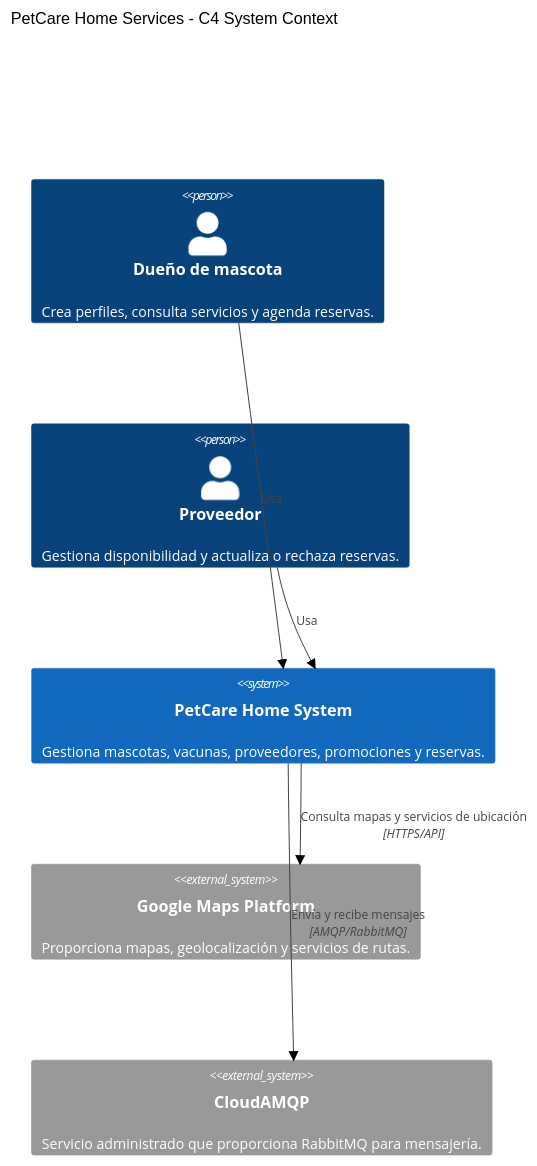
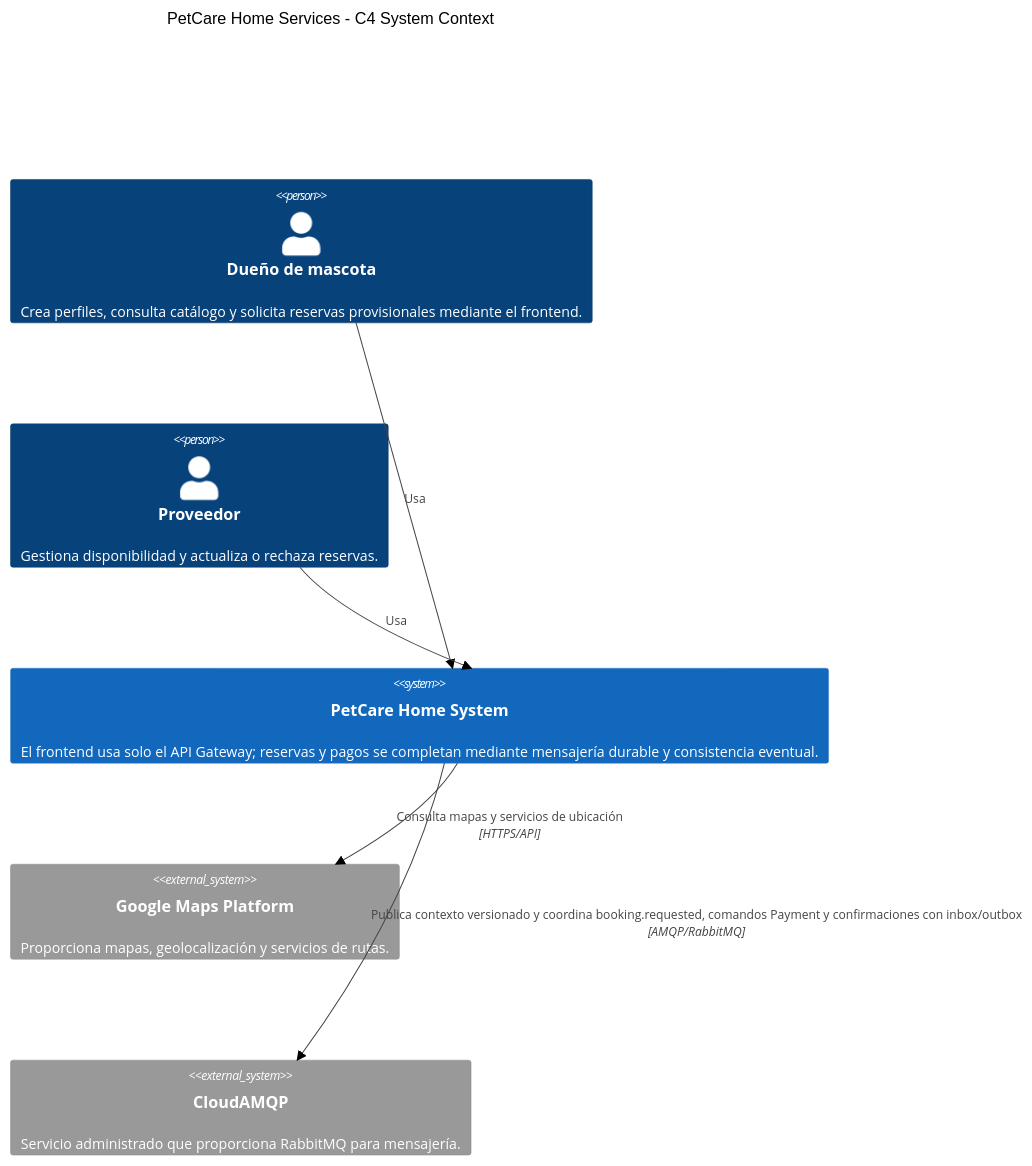
One commit to guissLib/petcare-backend changed the diagram in Diagrams/01-system-context.mmd. Above: the diagram before and after it, drawn with Mermaid (neutral theme). The commit also changed 31 other files, not shown here.

First line of the commit message:
Implement resilient context and async payment flow

```diff
--- a/Diagrams/01-system-context.mmd
+++ b/Diagrams/01-system-context.mmd
@@ -1,18 +1,18 @@
 C4Context
 title PetCare Home Services - C4 System Context
 
-Person(owner, "Dueño de mascota", "Crea perfiles, consulta servicios y agenda reservas.")
+Person(owner, "Dueño de mascota", "Crea perfiles, consulta catálogo y solicita reservas provisionales mediante el frontend.")
 Person(provider, "Proveedor", "Gestiona disponibilidad y actualiza o rechaza reservas.")
 
-System(petcare, "PetCare Home System", "Gestiona mascotas, vacunas, proveedores, promociones y reservas.")
+System(petcare, "PetCare Home System", "El frontend usa solo el API Gateway; reservas y pagos se completan mediante mensajería durable y consistencia eventual.")
 
 System_Ext(google_services, "Google Maps Platform", "Proporciona mapas, geolocalización y servicios de rutas.")
 System_Ext(cloudamqp, "CloudAMQP", "Servicio administrado que proporciona RabbitMQ para mensajería.")
 
 Rel(owner, petcare, "Usa")
 Rel(provider, petcare, "Usa")
 
 Rel(petcare, google_services, "Consulta mapas y servicios de ubicación", "HTTPS/API")
-Rel(petcare, cloudamqp, "Envía y recibe mensajes", "AMQP/RabbitMQ")
+Rel(petcare, cloudamqp, "Publica contexto versionado y coordina booking.requested, comandos Payment y confirmaciones con inbox/outbox", "AMQP/RabbitMQ")
 
 UpdateElementStyle(petcare, $bgColor="#1168bd", $fontColor="white")
```
